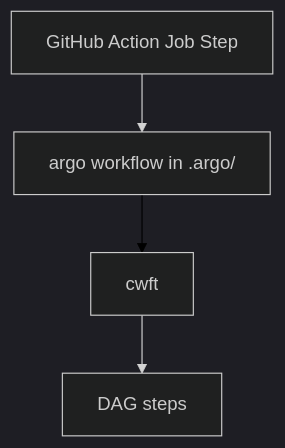
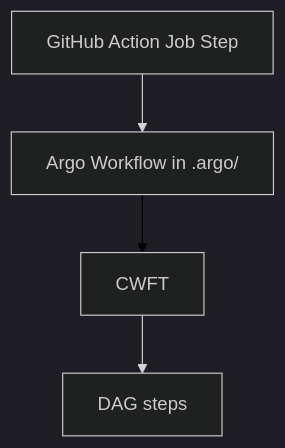
Before and after one commit to CloudGeometry/cg-devx-docs: the diagram in docs/developers_guide/ci/argo_workflows.md, drawn with Mermaid (dark theme). The commit also changed other lines of this file and 6 other files, not shown here.

````diff
--- a/docs/developers_guide/ci/argo_workflows.md
+++ b/docs/developers_guide/ci/argo_workflows.md
@@ -5,7 +8,8 @@
 ```mermaid
 flowchart TD
-    node_A["GitHub Action Job Step"] --> node_B["argo workflow in .argo/"]
-    node_B --> node_C["cwft"]
+    node_A["GitHub Action Job Step"]
+    node_A --> node_B["Argo Workflow in .argo/"]
+    node_B --> node_C["CWFT"]
     node_C --> node_D["DAG steps"]
     linkStyle 1 stroke:#000000
 ```
````
